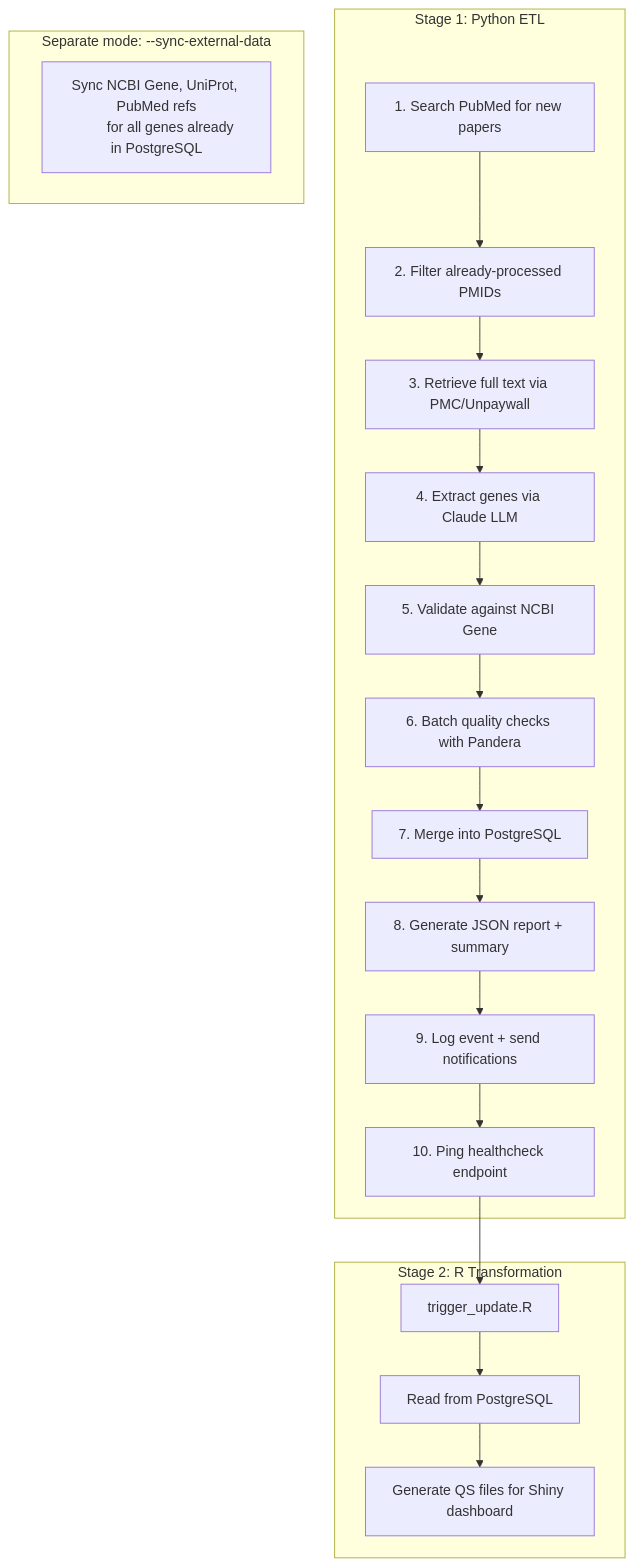
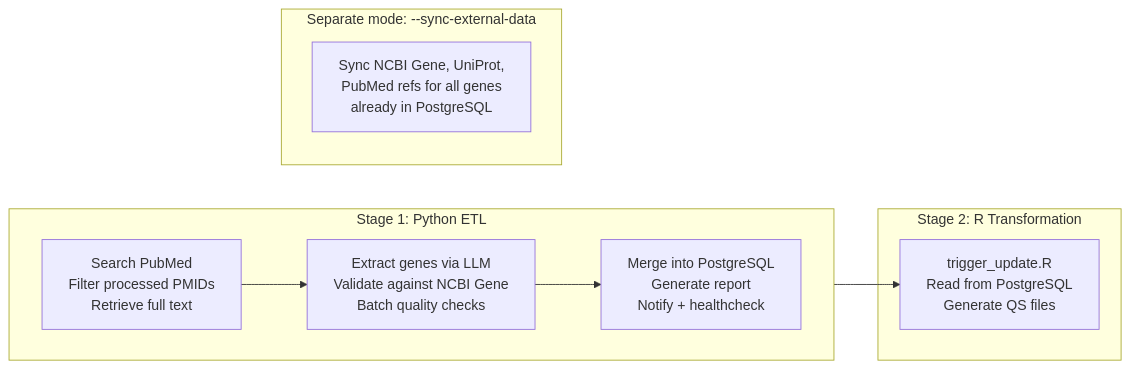
The diagram in README.md (mathieubpoiriericm/icm-dashboard), drawn with Mermaid before and after one commit.

Commit message:
Fixed the Data Pipeline mermaid flowchart

````diff
--- a/README.md
+++ b/README.md
@@ -602,30 +602,27 @@
 ```mermaid
-flowchart TD
+flowchart LR
     subgraph stage1["Stage 1: Python ETL"]
-        S1["1. Search PubMed for new papers"]
-        S2["2. Filter already-processed PMIDs"]
-        S3["3. Retrieve full text via PMC/Unpaywall"]
-        S4["4. Extract genes via Claude LLM"]
-        S5["5. Validate against NCBI Gene"]
-        S6["6. Batch quality checks with Pandera"]
-        S7["7. Merge into PostgreSQL"]
-        S8["8. Generate JSON report + summary"]
-        S9["9. Log event + send notifications"]
-        S10["10. Ping healthcheck endpoint"]
-        S1 --> S2 --> S3 --> S4 --> S5 --> S6 --> S7 --> S8 --> S9 --> S10
+        direction LR
+        A["Search PubMed
+        Filter processed PMIDs
+        Retrieve full text"] --> B["Extract genes via LLM
+        Validate against NCBI Gene
+        Batch quality checks"] --> C["Merge into PostgreSQL
+        Generate report
+        Notify + healthcheck"]
     end
 
     subgraph stage2["Stage 2: R Transformation"]
-        T1["trigger_update.R"]
-        T2["Read from PostgreSQL"]
-        T3["Generate QS files for Shiny dashboard"]
-        T1 --> T2 --> T3
+        D["trigger_update.R
+        Read from PostgreSQL
+        Generate QS files"]
     end
 
-    S10 --> T1
+    C --> D
 
     subgraph sync["Separate mode: --sync-external-data"]
-        E1["Sync NCBI Gene, UniProt, PubMed refs
-        for all genes already in PostgreSQL"]
+        E["Sync NCBI Gene, UniProt,
+        PubMed refs for all genes
+        already in PostgreSQL"]
     end
 ```
````
